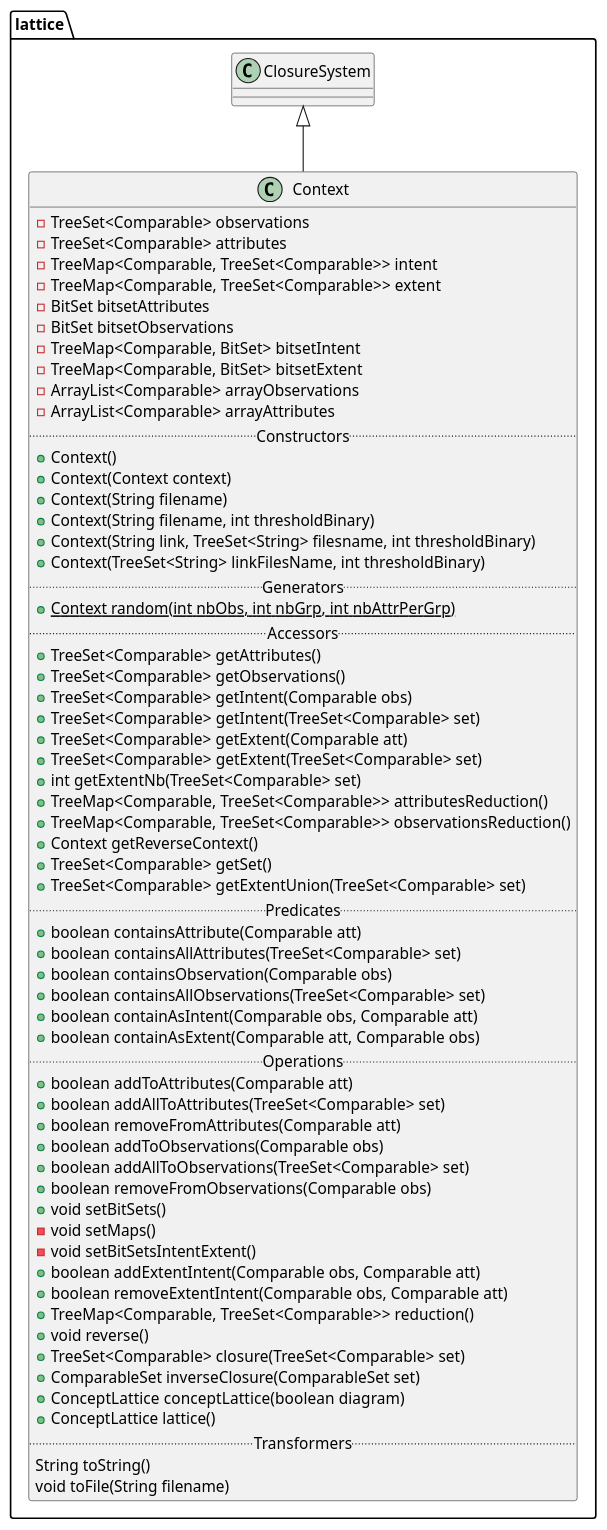
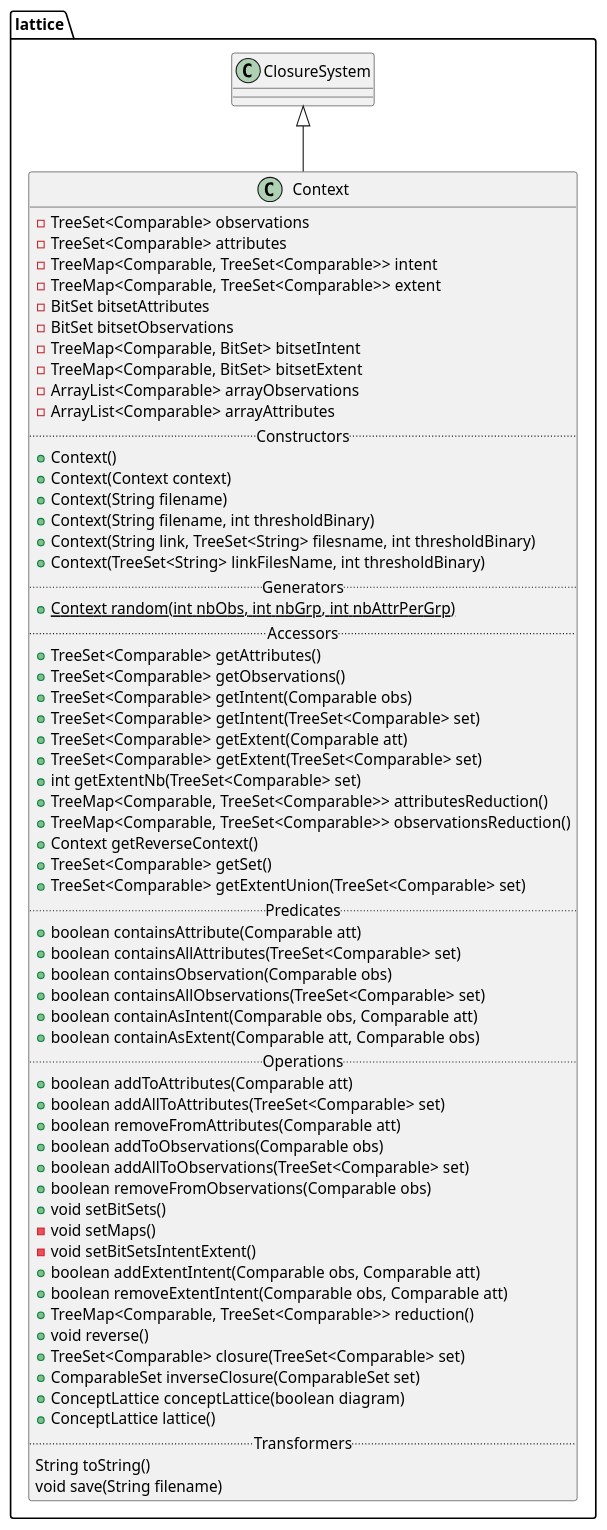
The diagram in src/lattice/Context.iuml (thegalactic/java-lattices), drawn with PlantUML before and after one commit. The commit also changed 32 other files, not shown here.

```diff
--- a/src/lattice/Context.iuml
+++ b/src/lattice/Context.iuml
@@ -1,66 +1,66 @@
 package lattice {
     class Context {
         -TreeSet<Comparable> observations
         -TreeSet<Comparable> attributes
         -TreeMap<Comparable, TreeSet<Comparable>> intent
         -TreeMap<Comparable, TreeSet<Comparable>> extent
         -BitSet bitsetAttributes
         -BitSet bitsetObservations
         -TreeMap<Comparable, BitSet> bitsetIntent
         -TreeMap<Comparable, BitSet> bitsetExtent
         -ArrayList<Comparable> arrayObservations
         -ArrayList<Comparable> arrayAttributes
         .. Constructors ..
         +Context()
         +Context(Context context)
         +Context(String filename)
         +Context(String filename, int thresholdBinary)
         +Context(String link, TreeSet<String> filesname, int thresholdBinary)
         +Context(TreeSet<String> linkFilesName, int thresholdBinary)
         .. Generators ..
         {static}+Context random(int nbObs, int nbGrp, int nbAttrPerGrp)
         .. Accessors ..
         +TreeSet<Comparable> getAttributes()
         +TreeSet<Comparable> getObservations()
         +TreeSet<Comparable> getIntent(Comparable obs)
         +TreeSet<Comparable> getIntent(TreeSet<Comparable> set)
         +TreeSet<Comparable> getExtent(Comparable att)
         +TreeSet<Comparable> getExtent(TreeSet<Comparable> set)
         +int getExtentNb(TreeSet<Comparable> set)
         +TreeMap<Comparable, TreeSet<Comparable>> attributesReduction()
         +TreeMap<Comparable, TreeSet<Comparable>> observationsReduction()
         +Context getReverseContext()
         +TreeSet<Comparable> getSet()
         +TreeSet<Comparable> getExtentUnion(TreeSet<Comparable> set)
         .. Predicates ..
         +boolean containsAttribute(Comparable att)
         +boolean containsAllAttributes(TreeSet<Comparable> set)
         +boolean containsObservation(Comparable obs)
         +boolean containsAllObservations(TreeSet<Comparable> set)
         +boolean containAsIntent(Comparable obs, Comparable att)
         +boolean containAsExtent(Comparable att, Comparable obs)
         .. Operations ..
         +boolean addToAttributes(Comparable att)
         +boolean addAllToAttributes(TreeSet<Comparable> set)
         +boolean removeFromAttributes(Comparable att)
         +boolean addToObservations(Comparable obs)
         +boolean addAllToObservations(TreeSet<Comparable> set)
         +boolean removeFromObservations(Comparable obs)
         +void setBitSets()
         -void setMaps()
         -void setBitSetsIntentExtent()
         +boolean addExtentIntent(Comparable obs, Comparable att)
         +boolean removeExtentIntent(Comparable obs, Comparable att)
         +TreeMap<Comparable, TreeSet<Comparable>> reduction()
         +void reverse()
         +TreeSet<Comparable> closure(TreeSet<Comparable> set)
         +ComparableSet inverseClosure(ComparableSet set)
         +ConceptLattice conceptLattice(boolean  diagram)
         +ConceptLattice lattice()
         .. Transformers ..
         String toString()
-        void toFile(String filename)
+        void save(String filename)
     }
 
     ClosureSystem <|-- Context
 }
```
